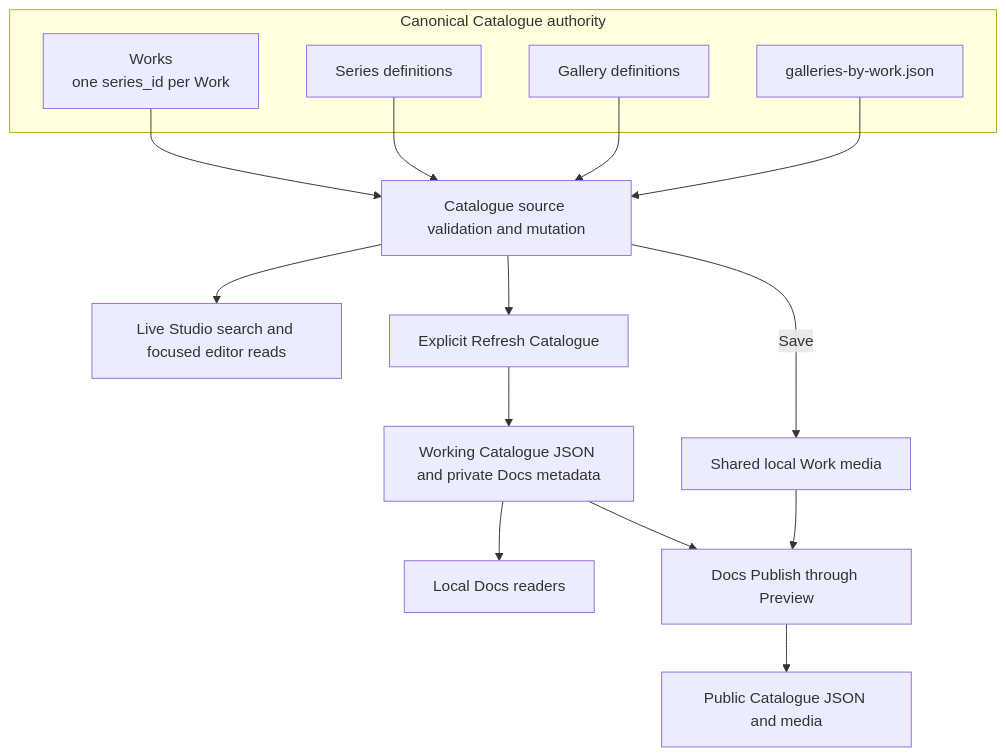
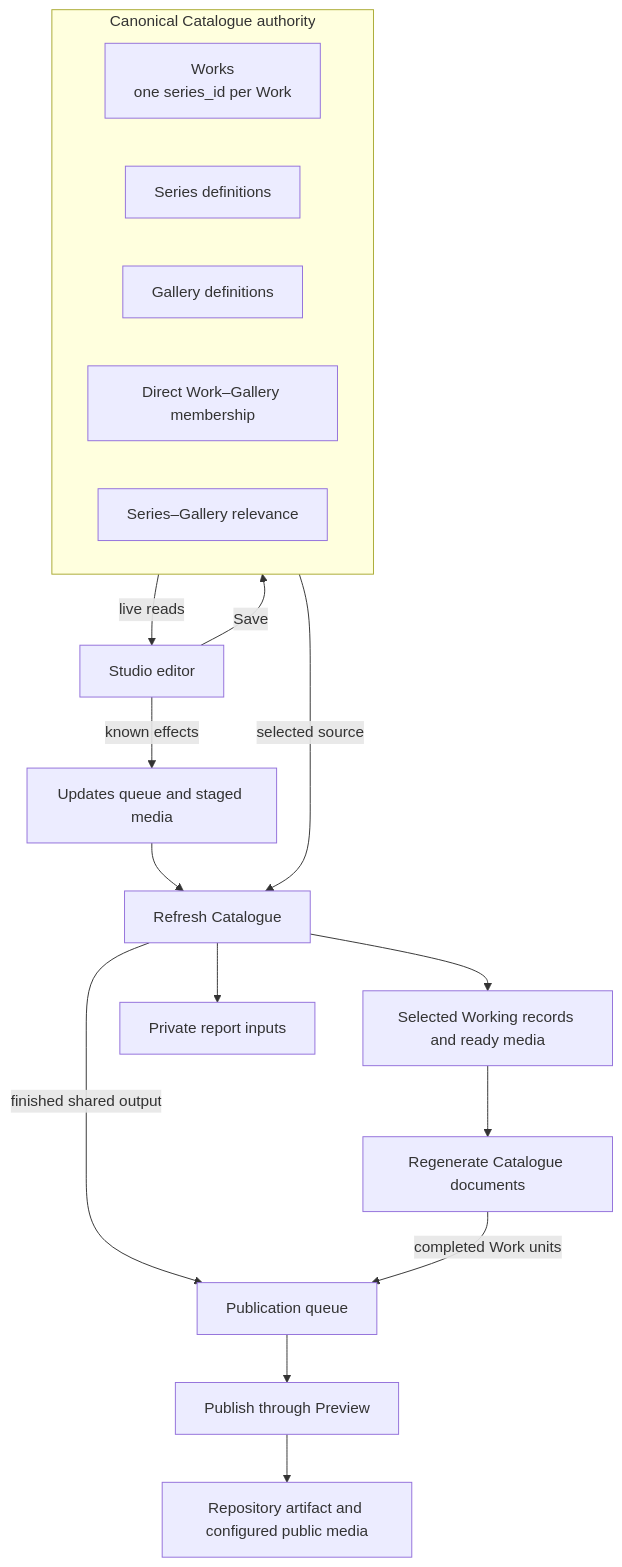
The diagram in documentation/studio/Catalogue_Data_Model_Map.md (dotlineform/dotlineform-site), drawn with Mermaid before and after one commit. The commit also changed other lines of this file and 363 other files, not shown here.

````diff
--- a/documentation/studio/Catalogue_Data_Model_Map.md
+++ b/documentation/studio/Catalogue_Data_Model_Map.md
@@ -19,28 +19,31 @@
 ```mermaid
 flowchart TB
     accTitle: Catalogue source and reader projections
-    accDescr: Validated canonical Work, Series, Gallery and membership source feeds live Studio editor reads. Save prepares shared local media. Explicit Refresh builds Working Catalogue JSON and private Docs metadata, which Docs Publish later captures for public distribution.
+    accDescr: Studio reads canonical Catalogue records and Save queues known changes with staged media. Refresh prepares selected Working files and Regenerate builds Catalogue documents. Publish transfers selected finished outputs through Preview.
     subgraph canonical["Canonical Catalogue authority"]
         works["Works<br/>one series_id per Work"]
         series["Series definitions"]
         galleries["Gallery definitions"]
-        memberships["galleries-by-work.json"]
+        memberships["Direct Work–Gallery membership"]
+        relevance["Series–Gallery relevance"]
     end
-    source["Catalogue source validation and mutation"]
-    media["Shared local Work media"]
-    studio["Live Studio search and focused editor reads"]
-    refresh["Explicit Refresh Catalogue"]
-    working["Working Catalogue JSON and private Docs metadata"]
-    docs["Local Docs readers"]
-    publish["Docs Publish through Preview"]
-    public["Public Catalogue JSON and media"]
-    works --> source
-    series --> source
-    galleries --> source
-    memberships --> source
-    source -->|"Save"| media
-    source --> studio
-    source --> refresh --> working --> docs
-    working --> publish --> public
-    media --> publish
+    editor["Studio editor"]
+    updates["Updates queue and staged media"]
+    refresh["Refresh Catalogue"]
+    working["Selected Working records and ready media"]
+    reports["Private report inputs"]
+    regenerate["Regenerate Catalogue documents"]
+    pending["Publication queue"]
+    publish["Publish through Preview"]
+    public["Repository artifact and configured public media"]
+    canonical -->|"live reads"| editor
+    editor -->|"Save"| canonical
+    editor -->|"known effects"| updates
+    updates --> refresh
+    canonical -->|"selected source"| refresh
+    refresh --> working --> regenerate
+    refresh --> reports
+    refresh -->|"finished shared output"| pending
+    regenerate -->|"completed Work units"| pending
+    pending --> publish --> public
 ```
````
